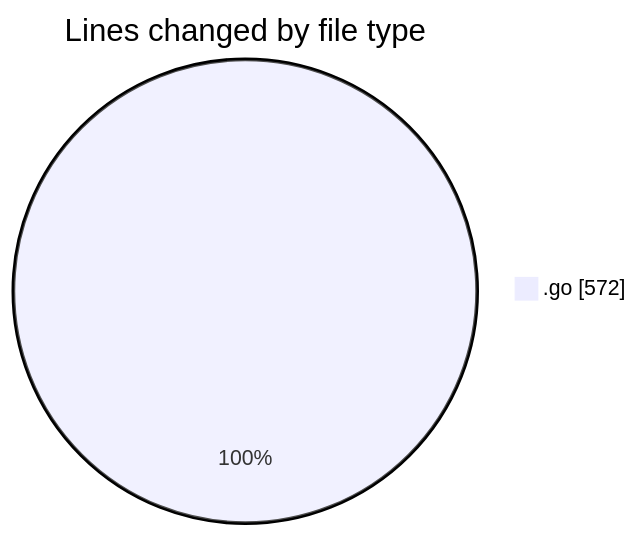
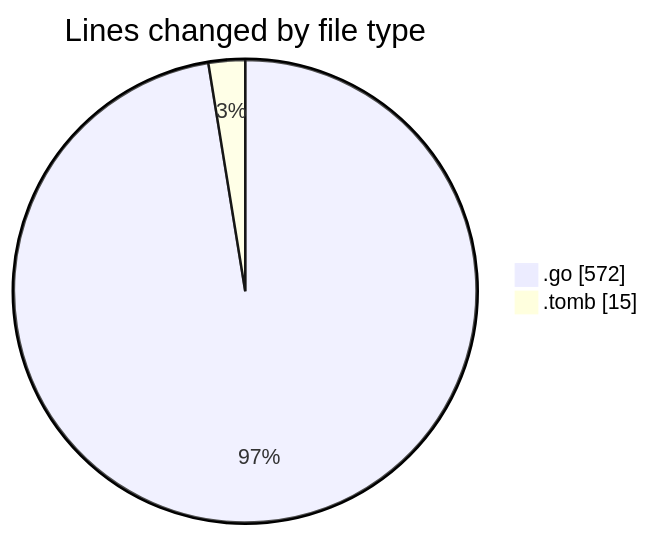
The first of 2 diagrams in 2025-10-31/backend/README.md (Ritupan-Deka/code-tracking), drawn with Mermaid before and after one commit. The commit also changed other lines of this file and 1 other file, not shown here.

````diff
--- a/2025-10-31/backend/README.md
+++ b/2025-10-31/backend/README.md
@@ -24,5 +25,6 @@
 ```mermaid
 pie showData
 title Lines changed by file type
 ".go" : 572
+".tomb" : 15
 ```
````
